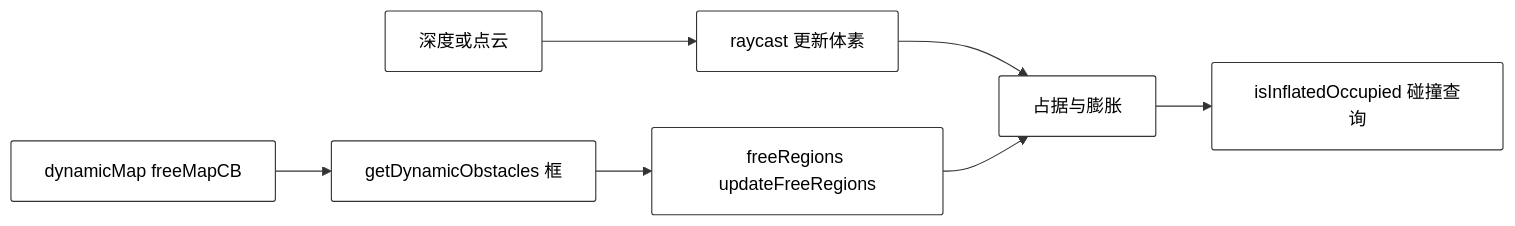
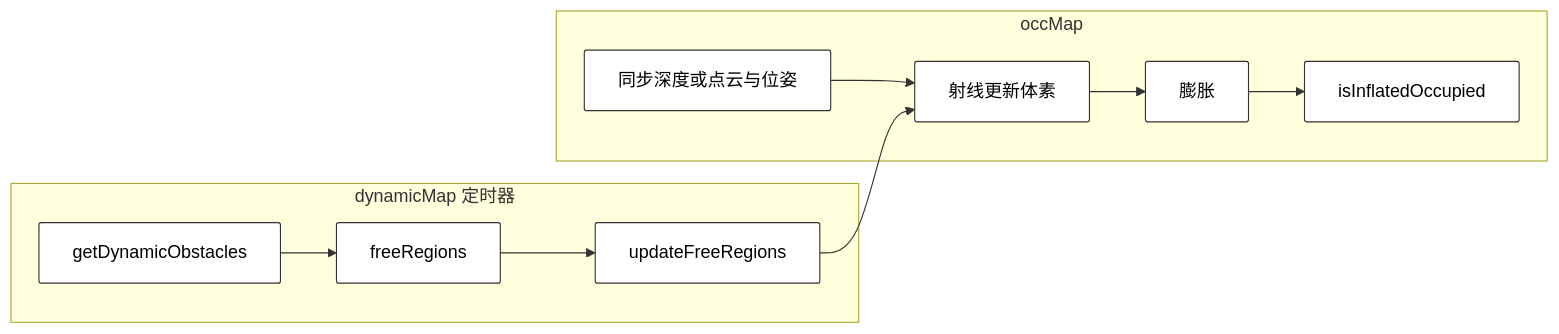
The fourth of 11 diagrams in _posts/2026-05-02-Intent-MPC.md (KwanWaiPang/KwanWaiPang.github.io), drawn with Mermaid before and after one commit. The commit also changed other lines of this file, not shown here.

```diff
--- a/_posts/2026-05-02-Intent-MPC.md
+++ b/_posts/2026-05-02-Intent-MPC.md
@@ -148,11 +161,18 @@
 <div class="mermaid" style="display: flex; justify-content: center; width: 90%; margin: 0 auto;">
 graph LR
     classDef default fill:#fff,stroke:#333,stroke-width:1px,color:#000,rx:2,ry:2;
 
-    D[深度或点云] --> R[raycast 更新体素]
-    R --> V[占据与膨胀]
-    V --> Q[isInflatedOccupied 碰撞查询]
-    DM[dynamicMap freeMapCB] --> G[getDynamicObstacles 框]
-    G --> F[freeRegions updateFreeRegions]
-    F --> V
+    subgraph occ [occMap]
+        ray[同步深度或点云与位姿]
+        ray --> voxel[射线更新体素]
+        voxel --> inf[膨胀]
+        inf --> Q[isInflatedOccupied]
+    end
+
+    subgraph dm [dynamicMap 定时器]
+        det[getDynamicObstacles]
+        det --> fr[freeRegions]
+        fr --> upd[updateFreeRegions]
+        upd --> voxel
+    end
 </div>
```
